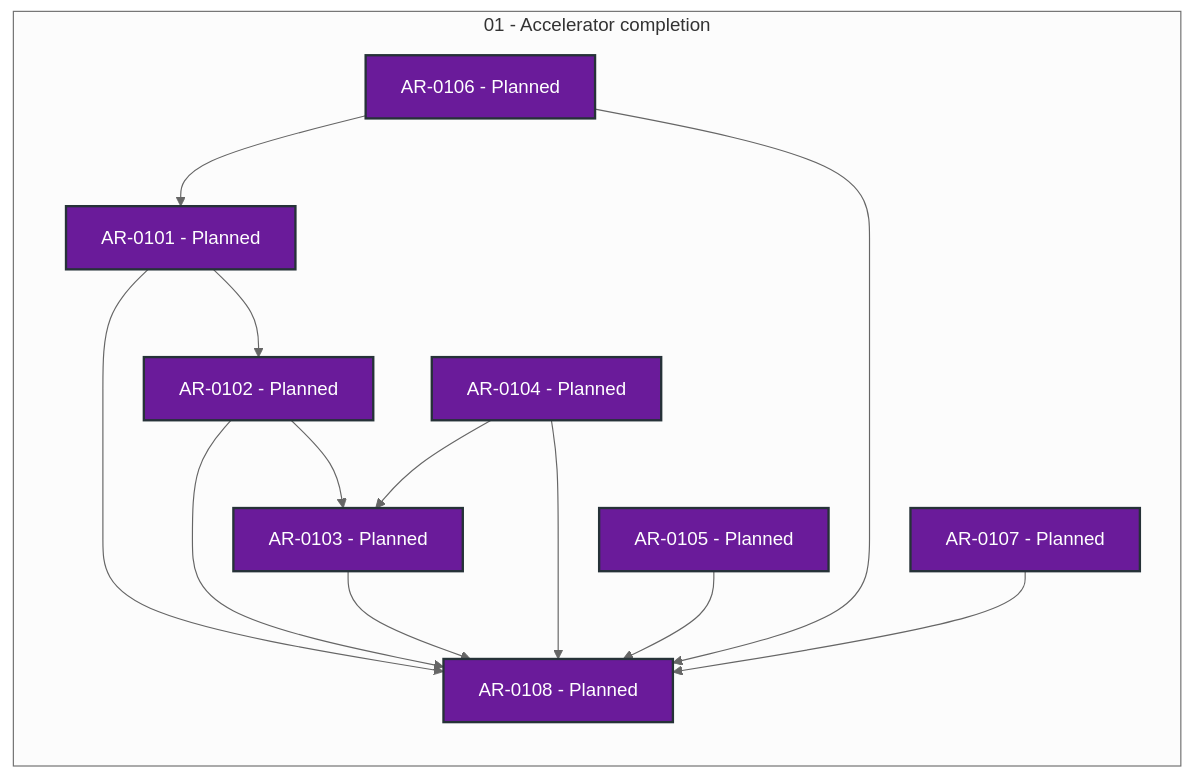
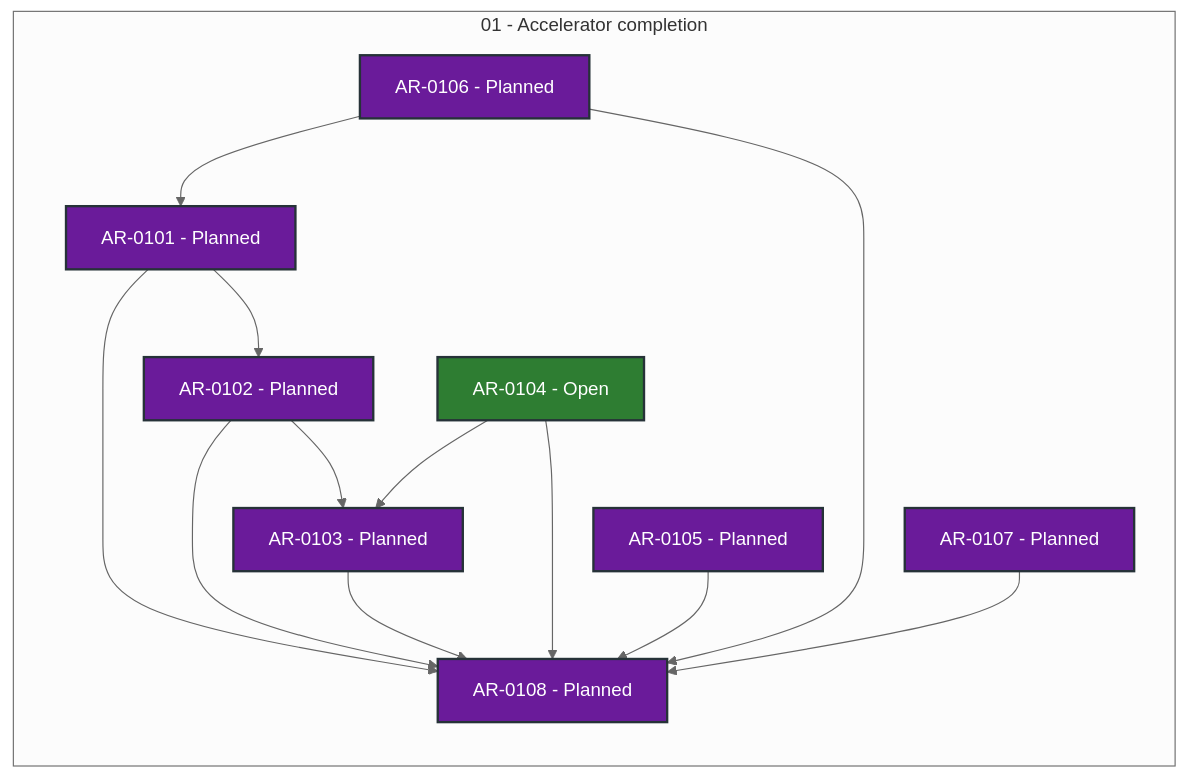
Before and after one commit to locutus3009/exgame: the diagram in coordination/STATUS.md, drawn with Mermaid (neutral theme). The commit also changed other lines of this file and 2 other files, not shown here.

````diff
--- a/coordination/STATUS.md
+++ b/coordination/STATUS.md
@@ -28,34 +28,34 @@
 ```mermaid
 flowchart LR
     subgraph series_01["01 - Accelerator completion"]
         direction TB
         AR_0101["AR-0101 - Planned"]:::status_planned
         AR_0102["AR-0102 - Planned"]:::status_planned
         AR_0103["AR-0103 - Planned"]:::status_planned
-        AR_0104["AR-0104 - Planned"]:::status_planned
+        AR_0104["AR-0104 - Open"]:::status_open
         AR_0105["AR-0105 - Planned"]:::status_planned
         AR_0106["AR-0106 - Planned"]:::status_planned
         AR_0107["AR-0107 - Planned"]:::status_planned
         AR_0108["AR-0108 - Planned"]:::status_planned
     end
     AR_0101 --> AR_0102
     AR_0101 --> AR_0108
     AR_0102 --> AR_0103
     AR_0102 --> AR_0108
     AR_0103 --> AR_0108
     AR_0104 --> AR_0103
     AR_0104 --> AR_0108
     AR_0105 --> AR_0108
     AR_0106 --> AR_0101
     AR_0106 --> AR_0108
     AR_0107 --> AR_0108
     classDef status_in_progress fill:#1565c0,color:#ffffff,stroke:#263238,stroke-width:2px
     classDef status_in_review fill:#ad1457,color:#ffffff,stroke:#263238,stroke-width:2px
     classDef status_open fill:#2e7d32,color:#ffffff,stroke:#263238,stroke-width:2px
     classDef status_blocked fill:#c62828,color:#ffffff,stroke:#263238,stroke-width:2px
     classDef status_planned fill:#6a1b9a,color:#ffffff,stroke:#263238,stroke-width:2px
     classDef status_future fill:#455a64,color:#ffffff,stroke:#263238,stroke-width:2px
     classDef status_done fill:#00695c,color:#ffffff,stroke:#263238,stroke-width:2px
     classDef status_cancelled fill:#616161,color:#ffffff,stroke:#263238,stroke-width:2px
     classDef status_superseded fill:#5d4037,color:#ffffff,stroke:#263238,stroke-width:2px
 ```
````
